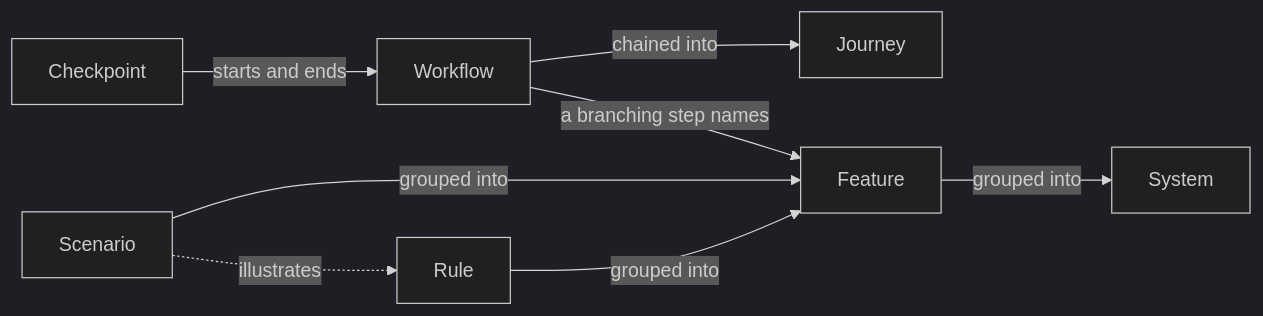
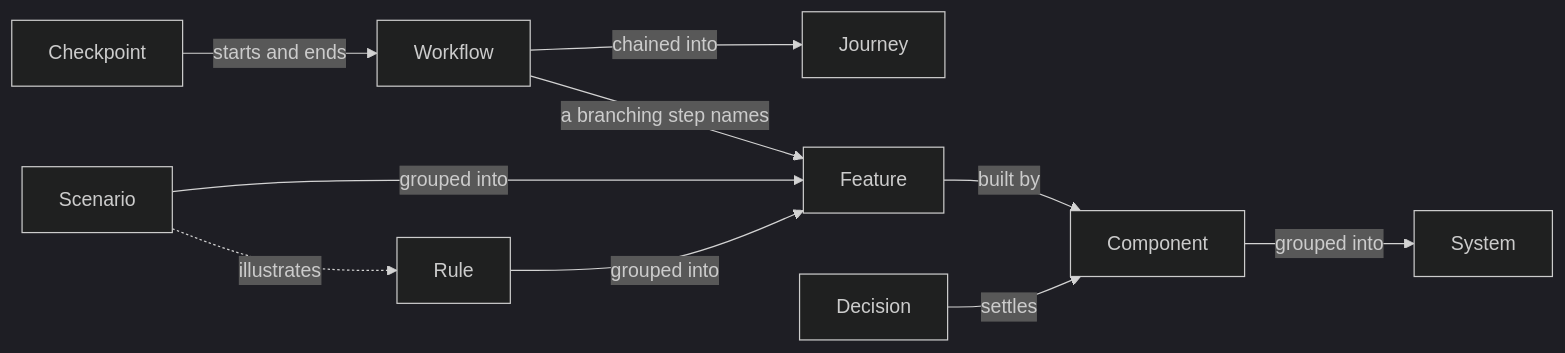
The diagram in docs/foundations.md (jbonino/context-driven-development), drawn with Mermaid (dark theme) before and after one commit. The commit also changed other lines of this file and 11 other files, not shown here.

````diff
--- a/docs/foundations.md
+++ b/docs/foundations.md
@@ -33,10 +34,12 @@
 ```mermaid
 flowchart LR
   Checkpoint -->|starts and ends| Workflow
   Workflow -->|chained into| Journey
   Workflow -->|a branching step names| Feature
   Scenario -->|grouped into| Feature
   Scenario -.->|illustrates| Rule
   Rule -->|grouped into| Feature
-  Feature -->|grouped into| System
+  Feature -->|built by| Component
+  Decision -->|settles| Component
+  Component -->|grouped into| System
 ```
````
